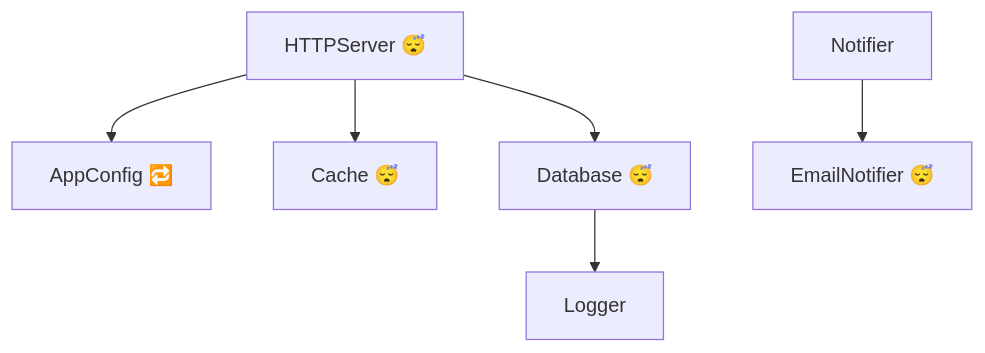
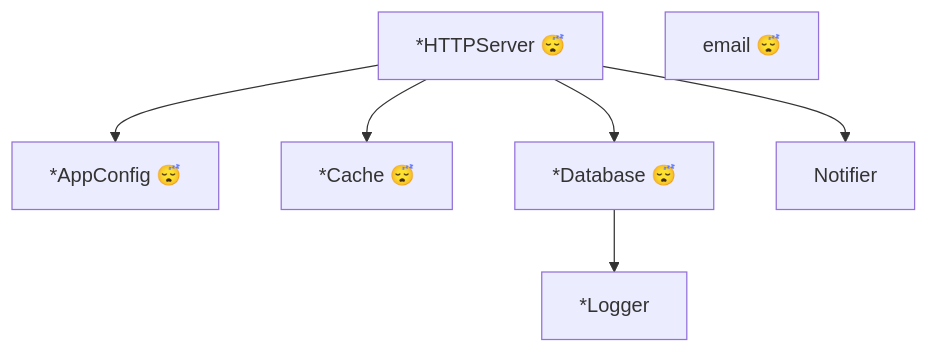
The diagram in README.md (LarsArtmann/samber-do-auditlog), drawn with Mermaid before and after one commit. The commit also changed other lines of this file and 32 other files, not shown here.

````diff
--- a/README.md
+++ b/README.md
@@ -196,8 +196,9 @@
 ```mermaid
 flowchart TD
-    HTTPServer["HTTPServer 😴"] --> AppConfig["AppConfig 🔁"]
-    HTTPServer --> Cache["Cache 😴"]
-    HTTPServer --> Database["Database 😴"]
-    Database --> Logger["Logger"]
-    Notifier["Notifier"] --> EmailNotifier["EmailNotifier 😴"]
+    HTTPServer["*HTTPServer 😴"] --> AppConfig["*AppConfig 😴"]
+    HTTPServer --> Cache["*Cache 😴"]
+    HTTPServer --> Database["*Database 😴"]
+    HTTPServer --> Notifier["Notifier"]
+    Database --> Logger["*Logger"]
+    EmailNotifier["email 😴"]
 ```
````
